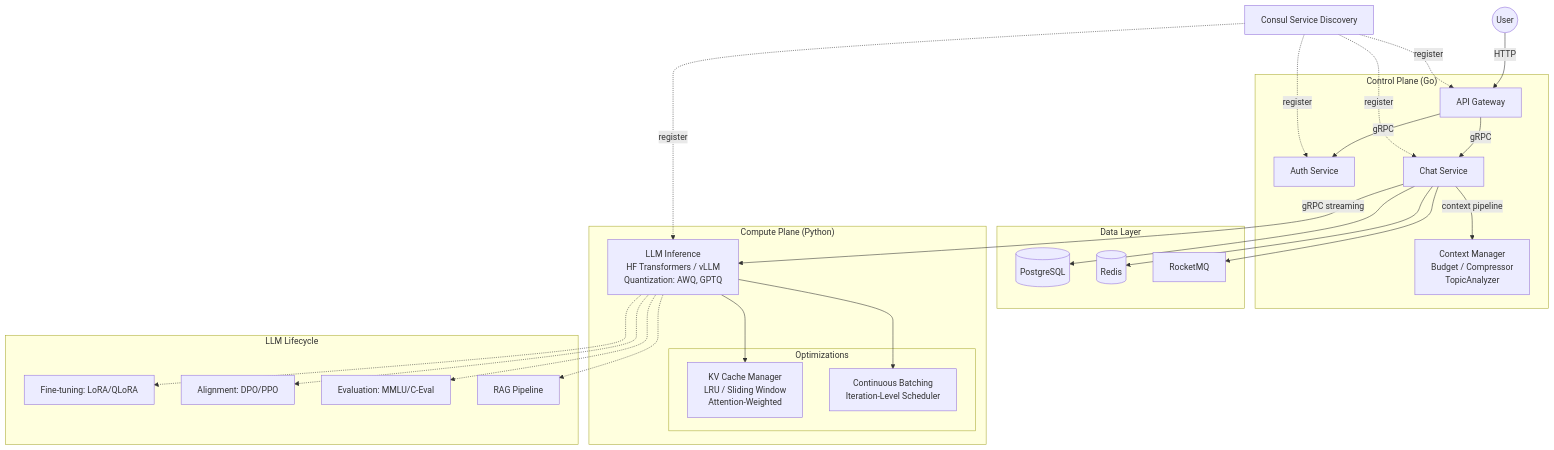
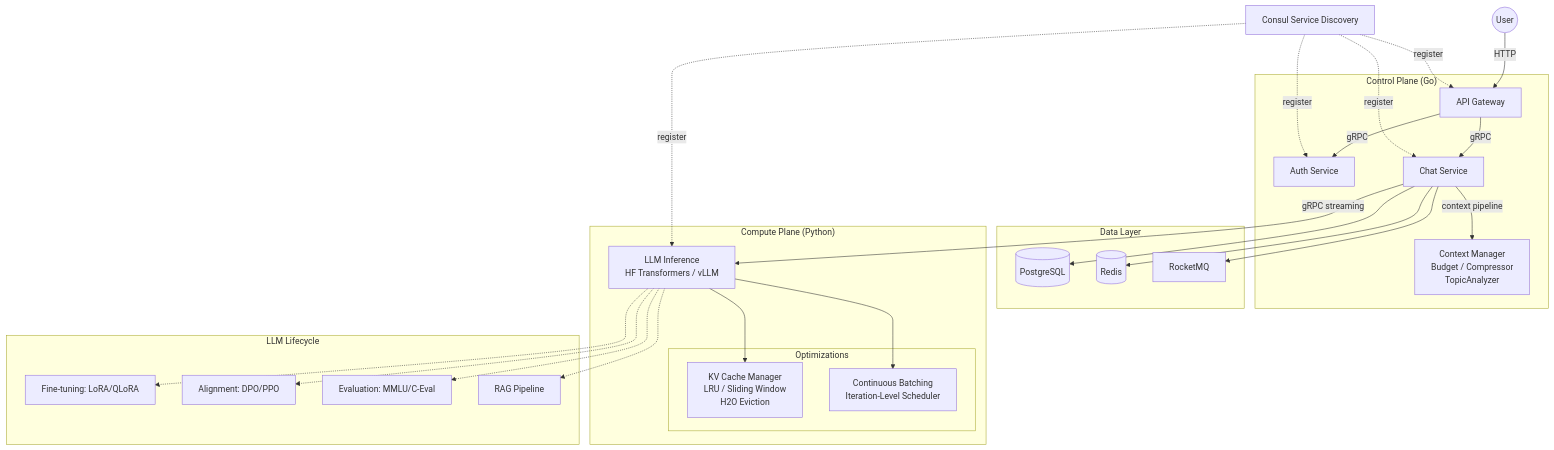
Before and after one commit to Einspanner123/free-chat: the diagram in README.md, drawn with Mermaid. The commit also changed other lines of this file and 9 other files, not shown here.

````diff
--- a/README.md
+++ b/README.md
@@ -128,56 +137,55 @@
 ```mermaid
 graph TB
     subgraph "Control Plane (Go)"
         Gateway[API Gateway]
         Auth[Auth Service]
         Chat[Chat Service]
         Chat -->|context pipeline| Context[Context Manager
 Budget / Compressor
 TopicAnalyzer]
     end
     
     subgraph "Data Layer"
         DB[(PostgreSQL)]
         Cache[(Redis)]
         MQ[RocketMQ]
     end
     
     subgraph "Compute Plane (Python)"
         LLM[LLM Inference
-HF Transformers / vLLM
-Quantization: AWQ, GPTQ]
+HF Transformers / vLLM]
         subgraph "Optimizations"
             KV[KV Cache Manager
 LRU / Sliding Window
-Attention-Weighted]
+H2O Eviction]
             Sched[Continuous Batching
 Iteration-Level Scheduler]
         end
     end
     
     subgraph "LLM Lifecycle"
         Finetune[Fine-tuning: LoRA/QLoRA]
         Align[Alignment: DPO/PPO]
         Eval[Evaluation: MMLU/C-Eval]
         RAG[RAG Pipeline]
     end
     
     User((User)) -->|HTTP| Gateway
     Gateway -->|gRPC| Auth
     Gateway -->|gRPC| Chat
     Chat --> DB
     Chat --> Cache
     Chat --> MQ
     Chat -->|gRPC streaming| LLM
     LLM --> KV
     LLM --> Sched
     LLM -.-> Finetune
     LLM -.-> Align
     LLM -.-> Eval
     LLM -.-> RAG
     
     Consul[Consul Service Discovery] -.->|register| Gateway
     Consul -.->|register| Auth
     Consul -.->|register| Chat
     Consul -.->|register| LLM
 ```
````
